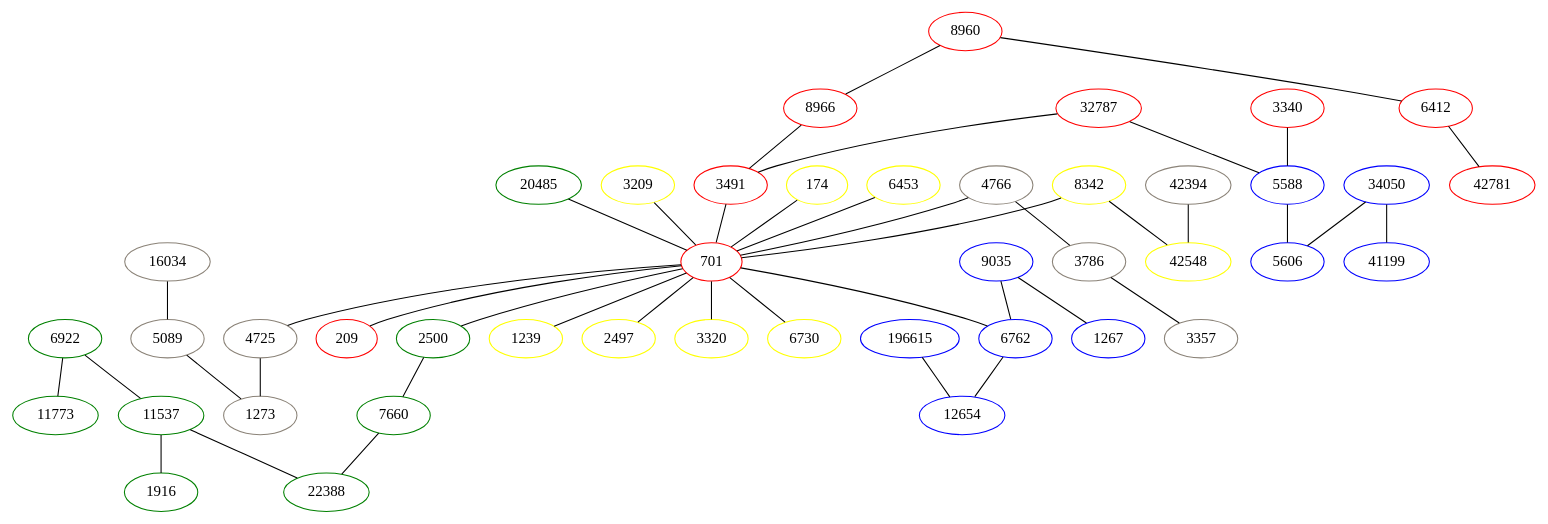
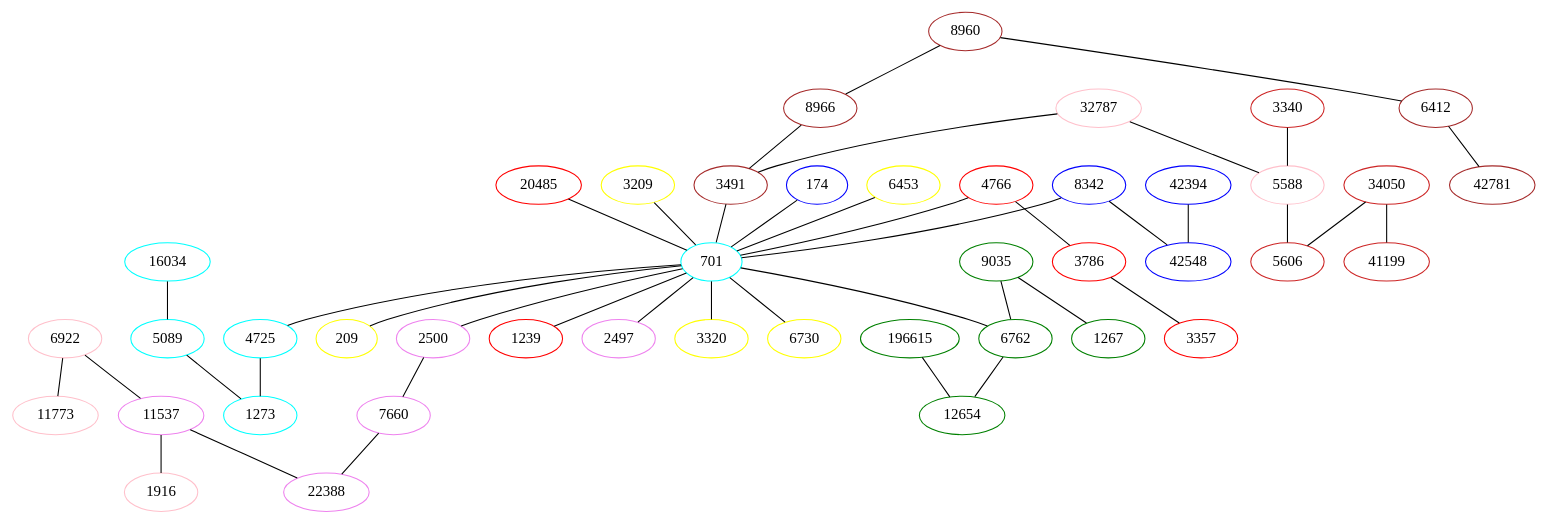
The diagram in step3/graph.dot (MiliasV/BSc-Thesis), drawn with Graphviz before and after one commit. The commit also changed 2 other files, not shown here.

```diff
--- a/step3/graph.dot
+++ b/step3/graph.dot
@@ -1,87 +1,87 @@
 strict graph G {
-8960 [color=red];
-34050 [color=blue];
-20485 [color=green];
-8966 [color=red];
-196615 [color=blue];
+8960 [color=brown];
+34050 [color=firebrick3];
+20485 [color=red];
+8966 [color=brown];
+196615 [color=green];
 3209 [color=yellow];
-6922 [color=green];
-6412 [color=red];
-11537 [color=green];
-32787 [color=red];
-8342 [color=yellow];
-42394 [color=antiquewhite4];
-42781 [color=red];
-4766 [color=antiquewhite4];
-16034 [color=antiquewhite4];
-3491 [color=red];
-3786 [color=antiquewhite4];
-174 [color=yellow];
-3357 [color=antiquewhite4];
-42548 [color=yellow];
+6922 [color=pink];
+6412 [color=brown];
+11537 [color=violet];
+32787 [color=pink];
+8342 [color=blue];
+42394 [color=blue];
+42781 [color=brown];
+4766 [color=red];
+16034 [color=cyan];
+3491 [color=brown];
+3786 [color=red];
+174 [color=blue];
+3357 [color=red];
+42548 [color=blue];
 6453 [color=yellow];
-701 [color=red];
-2497 [color=yellow];
-2500 [color=green];
-3340 [color=red];
+701 [color=cyan];
+2497 [color=violet];
+2500 [color=violet];
+3340 [color=firebrick3];
 6730 [color=yellow];
-9035 [color=blue];
-209 [color=red];
-5588 [color=blue];
-1239 [color=yellow];
-5089 [color=antiquewhite4];
-5606 [color=blue];
-6762 [color=blue];
-7660 [color=green];
-12654 [color=blue];
-41199 [color=blue];
-1267 [color=blue];
-22388 [color=green];
-4725 [color=antiquewhite4];
+9035 [color=green];
+209 [color=yellow];
+5588 [color=pink];
+1239 [color=red];
+5089 [color=cyan];
+5606 [color=firebrick3];
+6762 [color=green];
+7660 [color=violet];
+12654 [color=green];
+41199 [color=firebrick3];
+1267 [color=green];
+22388 [color=violet];
+4725 [color=cyan];
 3320 [color=yellow];
-1273 [color=antiquewhite4];
-1916 [color=green];
-11773 [color=green];
+1273 [color=cyan];
+1916 [color=pink];
+11773 [color=pink];
 8960 -- 6412;
 8960 -- 8966;
 34050 -- 5606;
 34050 -- 41199;
 20485 -- 701;
 8966 -- 3491;
 196615 -- 12654;
 3209 -- 701;
 6922 -- 11537;
 6922 -- 11773;
 6412 -- 42781;
 11537 -- 1916;
 11537 -- 22388;
 32787 -- 3491;
 32787 -- 5588;
 8342 -- 42548;
 8342 -- 701;
 42394 -- 42548;
 4766 -- 3786;
 4766 -- 701;
 16034 -- 5089;
 3491 -- 701;
 3786 -- 3357;
 174 -- 701;
 6453 -- 701;
 701 -- 2497;
 701 -- 2500;
 701 -- 6730;
 701 -- 209;
 701 -- 1239;
 701 -- 3320;
 701 -- 6762;
 701 -- 4725;
 2500 -- 7660;
 3340 -- 5588;
 9035 -- 6762;
 9035 -- 1267;
 5588 -- 5606;
 5089 -- 1273;
 6762 -- 12654;
 7660 -- 22388;
 4725 -- 1273;
 }
```
